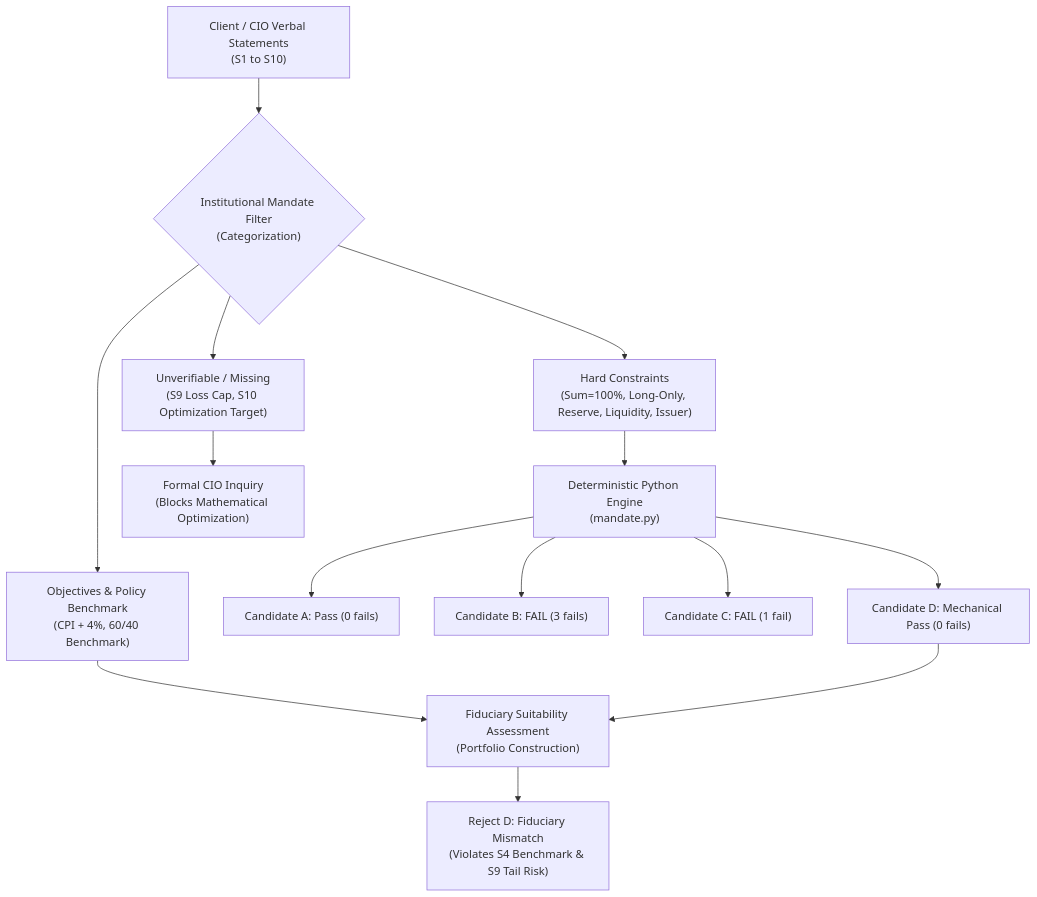
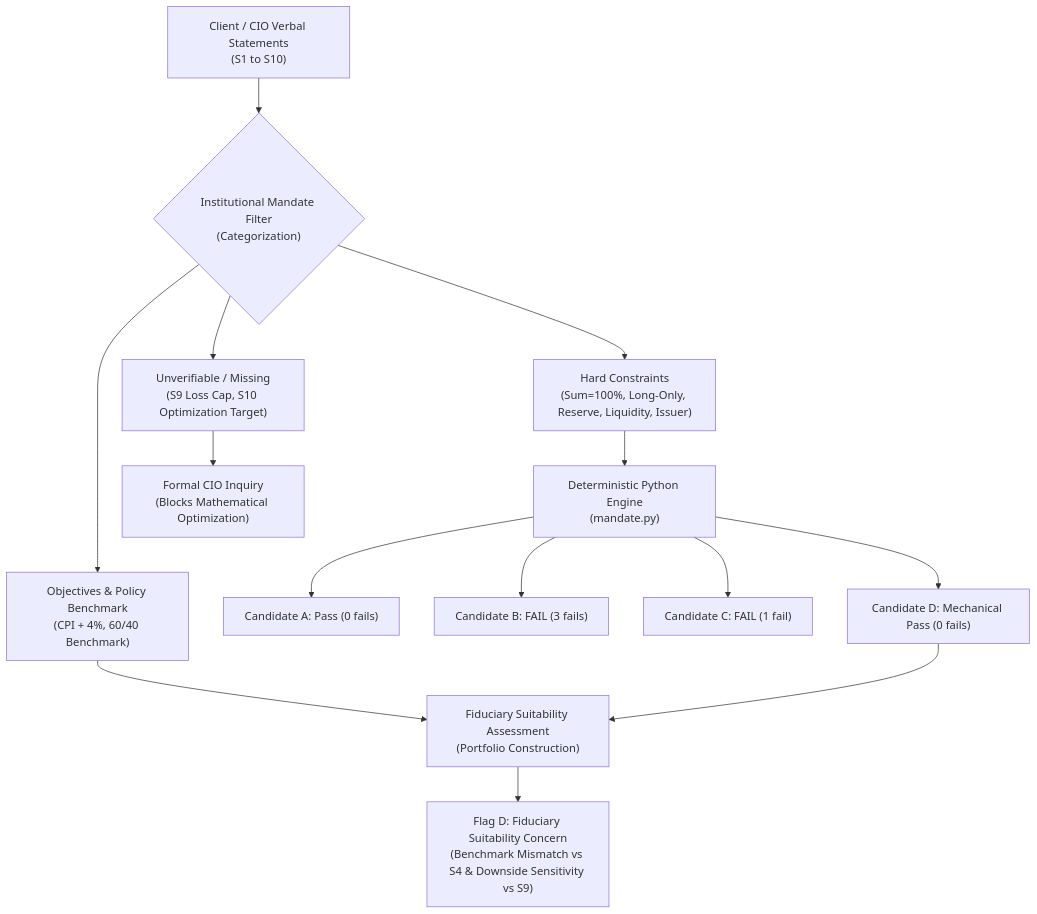
Before and after one commit to river313/IREN-research: the first of 4 diagrams in Lab-13/lab13.md, drawn with Mermaid. The commit also changed other lines of this file and 1 other file, not shown here.

````diff
--- a/Lab-13/lab13.md
+++ b/Lab-13/lab13.md
@@ -19,19 +19,19 @@
 ```mermaid
 flowchart TD
     CIO["Client / CIO Verbal Statements<br>(S1 to S10)"] --> Filter{"Institutional Mandate Filter<br>(Categorization)"}
     Filter --> Hard["Hard Constraints<br>(Sum=100%, Long-Only, Reserve, Liquidity, Issuer)"]
     Filter --> Obj["Objectives & Policy Benchmark<br>(CPI + 4%, 60/40 Benchmark)"]
     Filter --> Unver["Unverifiable / Missing<br>(S9 Loss Cap, S10 Optimization Target)"]
     
     Hard --> Checker["Deterministic Python Engine<br>(mandate.py)"]
     Obj --> Suitability["Fiduciary Suitability Assessment<br>(Portfolio Construction)"]
     Unver --> Question["Formal CIO Inquiry<br>(Blocks Mathematical Optimization)"]
     
     Checker --> CandidateA["Candidate A: Pass (0 fails)"]
     Checker --> CandidateB["Candidate B: FAIL (3 fails)"]
     Checker --> CandidateC["Candidate C: FAIL (1 fail)"]
     Checker --> CandidateD["Candidate D: Mechanical Pass (0 fails)"]
     
     CandidateD --> Suitability
-    Suitability --> RejectD["Reject D: Fiduciary Mismatch<br>(Violates S4 Benchmark & S9 Tail Risk)"]
+    Suitability --> RejectD["Flag D: Fiduciary Suitability Concern<br>(Benchmark Mismatch vs S4 & Downside Sensitivity vs S9)"]
 ```
````
